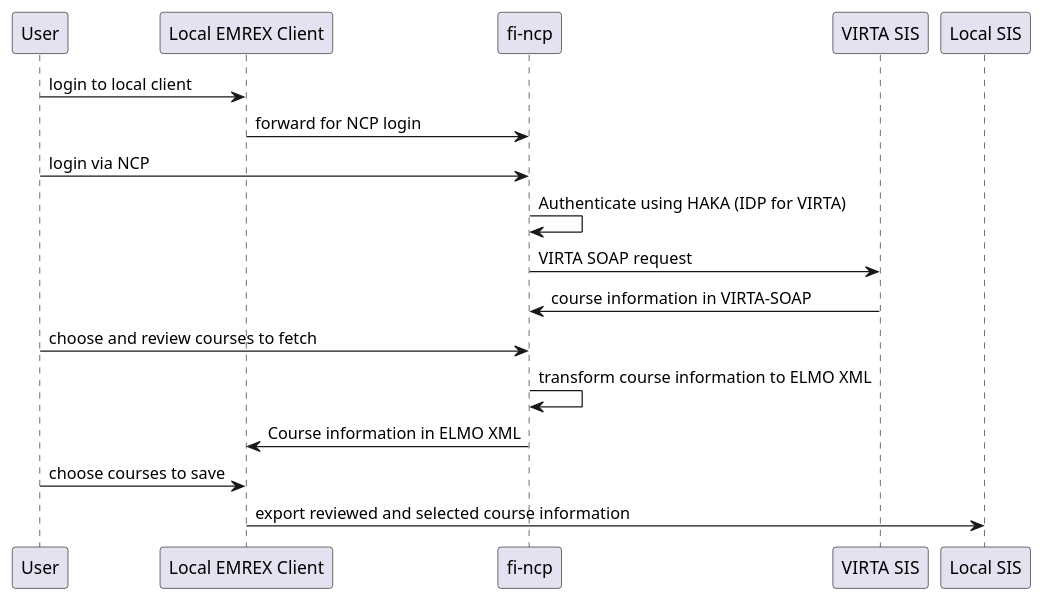
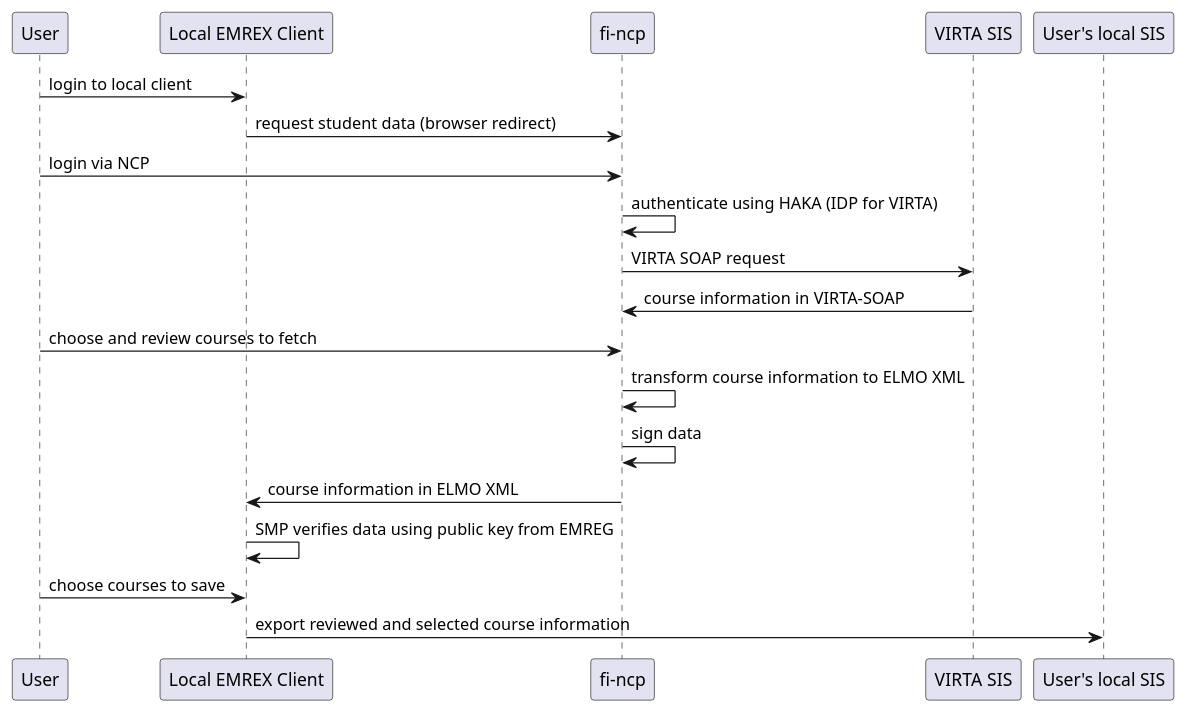
One commit to EMREXEU/fi-ncp changed the diagram in sequence_student_fetches_courses_from_virta.puml. Above: the diagram before and after it, drawn with PlantUML. The commit also changed other lines of this file and 9 other files, not shown here.

```diff
--- a/sequence_student_fetches_courses_from_virta.puml
+++ b/sequence_student_fetches_courses_from_virta.puml
@@ -1,13 +1,15 @@
 @startuml
 "User"                  -> "Local EMREX Client" : login to local client
-"Local EMREX Client"    -> "fi-ncp" : forward for NCP login
+"Local EMREX Client"    -> "fi-ncp" : request student data (browser redirect)
 "User"                  -> "fi-ncp" : login via NCP
-"fi-ncp"                -> "fi-ncp" : Authenticate using HAKA (IDP for VIRTA)
+"fi-ncp"                -> "fi-ncp" : authenticate using HAKA (IDP for VIRTA)
 "fi-ncp"                -> "VIRTA SIS" : VIRTA SOAP request
 "VIRTA SIS"             -> "fi-ncp" : course information in VIRTA-SOAP
 "User"                  -> "fi-ncp" : choose and review courses to fetch
 "fi-ncp"                -> "fi-ncp" : transform course information to ELMO XML
-"fi-ncp"                -> "Local EMREX Client" : Course information in ELMO XML
+"fi-ncp"                -> "fi-ncp" : sign data
+"fi-ncp"                -> "Local EMREX Client" : course information in ELMO XML
+"Local EMREX Client"    -> "Local EMREX Client" : SMP verifies data using public key from EMREG
 "User"                  -> "Local EMREX Client" : choose courses to save
-"Local EMREX Client"    -> "Local SIS" : export reviewed and selected course information
+"Local EMREX Client"    -> "User's local SIS" : export reviewed and selected course information
 @enduml
```
